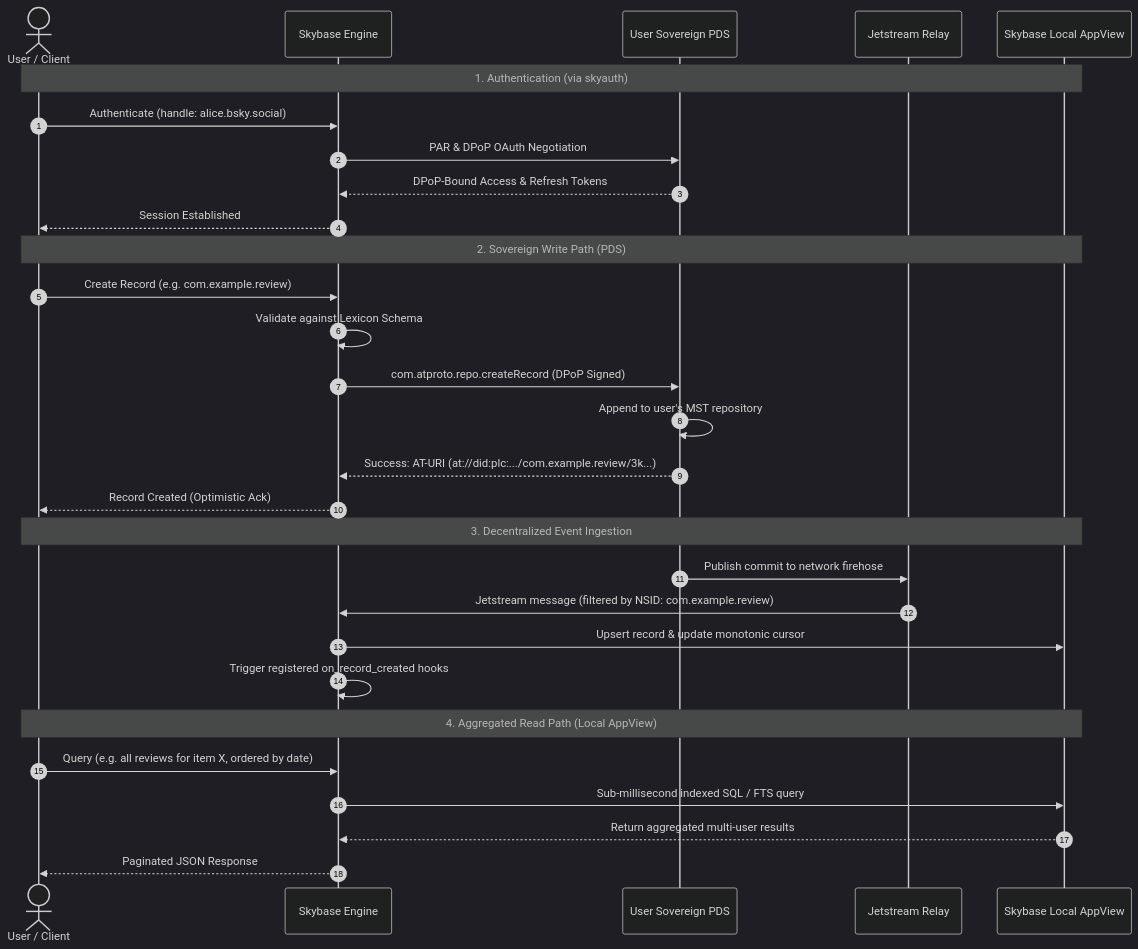
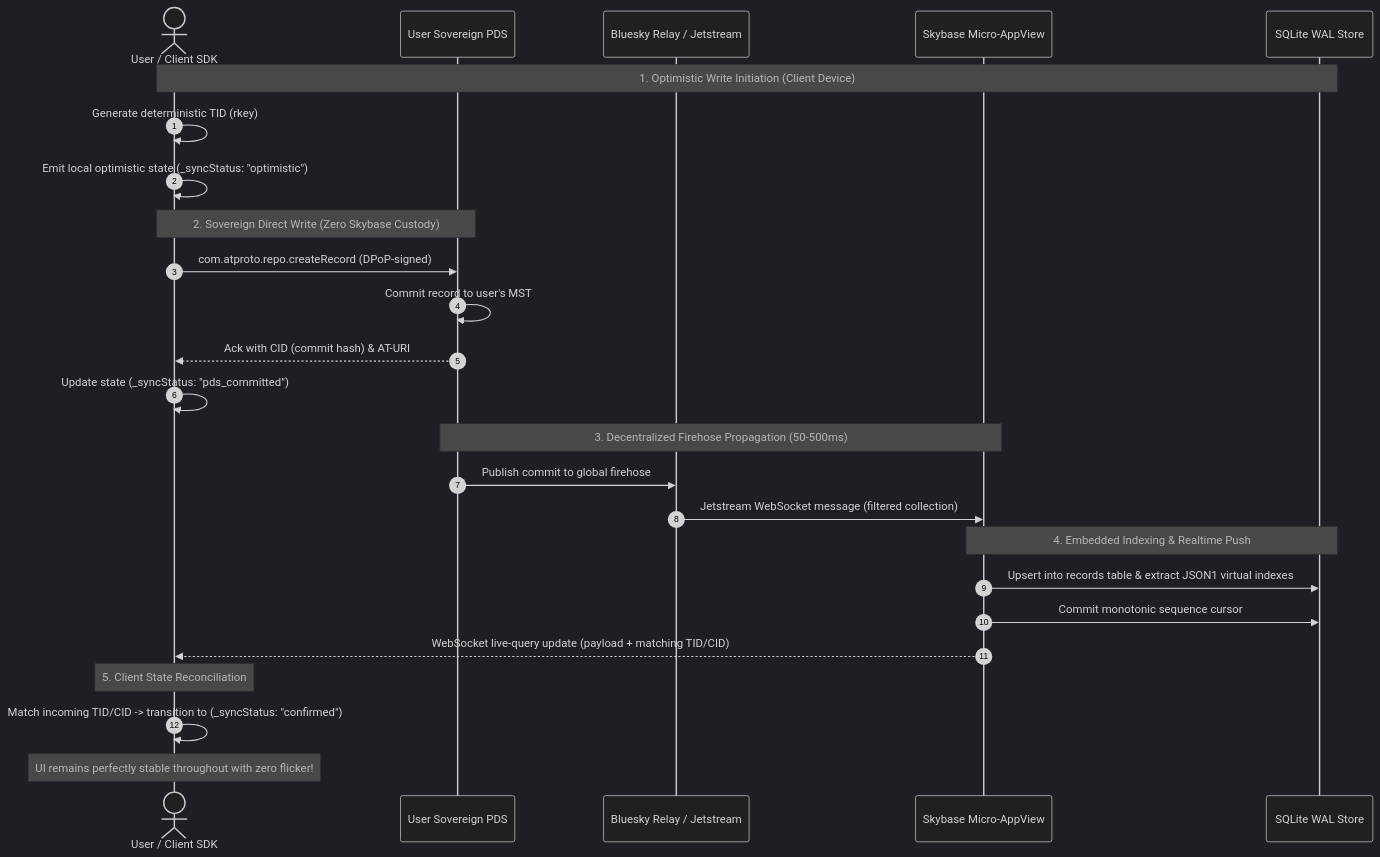
Before and after one commit to mike10010100/skybase: the second of 2 diagrams in PRD.md, drawn with Mermaid (dark theme). The commit also changed other lines of this file and 2 other files, not shown here.

Commit message:
docs: sharpen strategic wedge, address prior art, and define custody boundaries in PRD

````diff
--- a/PRD.md
+++ b/PRD.md
@@ -337,35 +390,32 @@
 ```mermaid
 sequenceDiagram
     autonumber
-    actor User as User / Client
-    participant SB as Skybase Engine
+    actor User as User / Client SDK
     participant PDS as User Sovereign PDS
-    participant JS as Jetstream Relay
-    participant DB as Skybase Local AppView
+    participant Relay as Bluesky Relay / Jetstream
+    participant SB as Skybase Micro-AppView
+    participant DB as SQLite WAL Store
 
-    Note over User, DB: 1. Authentication (via skyauth)
-    User->>SB: Authenticate (handle: alice.bsky.social)
-    SB->>PDS: PAR & DPoP OAuth Negotiation
-    PDS-->>SB: DPoP-Bound Access & Refresh Tokens
-    SB-->>User: Session Established
+    Note over User, DB: 1. Optimistic Write Initiation (Client Device)
+    User->>User: Generate deterministic TID (rkey)
+    User->>User: Emit local optimistic state (_syncStatus: "optimistic")
+    
+    Note over User, PDS: 2. Sovereign Direct Write (Zero Skybase Custody)
+    User->>PDS: com.atproto.repo.createRecord (DPoP-signed)
+    PDS->>PDS: Commit record to user's MST
+    PDS-->>User: Ack with CID (commit hash) & AT-URI
+    User->>User: Update state (_syncStatus: "pds_committed")
 
-    Note over User, DB: 2. Sovereign Write Path (PDS)
-    User->>SB: Create Record (e.g. com.example.review)
-    SB->>SB: Validate against Lexicon Schema
-    SB->>PDS: com.atproto.repo.createRecord (DPoP Signed)
-    PDS->>PDS: Append to user's MST repository
-    PDS-->>SB: Success: AT-URI (at://did:plc:.../com.example.review/3k...)
-    SB-->>User: Record Created (Optimistic Ack)
-
-    Note over User, DB: 3. Decentralized Event Ingestion
-    PDS->>JS: Publish commit to network firehose
-    JS->>SB: Jetstream message (filtered by NSID: com.example.review)
-    SB->>DB: Upsert record & update monotonic cursor
-    SB->>SB: Trigger registered on_record_created hooks
-
-    Note over User, DB: 4. Aggregated Read Path (Local AppView)
-    User->>SB: Query (e.g. all reviews for item X, ordered by date)
-    SB->>DB: Sub-millisecond indexed SQL / FTS query
-    DB-->>SB: Return aggregated multi-user results
-    SB-->>User: Paginated JSON Response
+    Note over PDS, SB: 3. Decentralized Firehose Propagation (50-500ms)
+    PDS->>Relay: Publish commit to global firehose
+    Relay->>SB: Jetstream WebSocket message (filtered collection)
+    
+    Note over SB, DB: 4. Embedded Indexing & Realtime Push
+    SB->>DB: Upsert into records table & extract JSON1 virtual indexes
+    SB->>DB: Commit monotonic sequence cursor
+    SB-->>User: WebSocket live-query update (payload + matching TID/CID)
+    
+    Note over User: 5. Client State Reconciliation
+    User->>User: Match incoming TID/CID -> transition to (_syncStatus: "confirmed")
+    Note over User: UI remains perfectly stable throughout with zero flicker!
 ```
````
